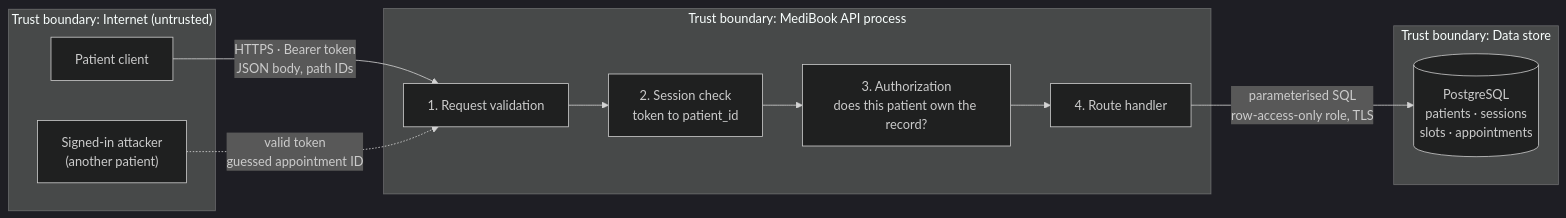
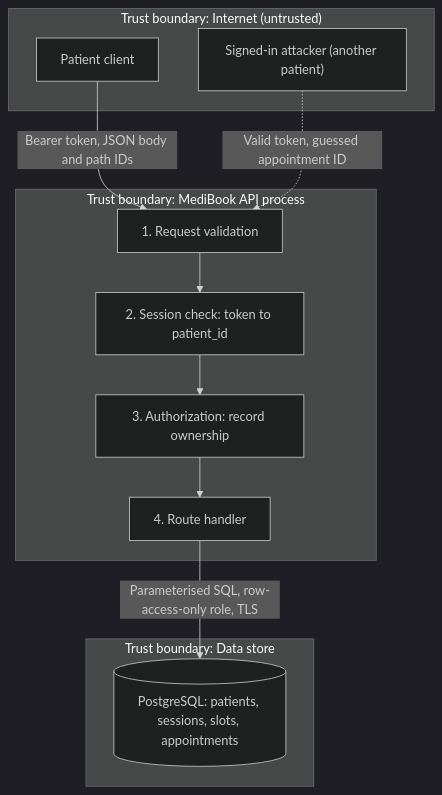
The diagram in docs/threat-model.md (abdurahim50/medibook), drawn with Mermaid (dark theme) before and after one commit. The commit also changed other lines of this file and 23 other files, not shown here.

````diff
--- a/docs/threat-model.md
+++ b/docs/threat-model.md
@@ -7,23 +7,23 @@
 ```mermaid
-flowchart LR
+flowchart TD
     subgraph TB1["Trust boundary: Internet (untrusted)"]
         Patient["Patient client"]
-        Attacker["Signed-in attacker<br/>(another patient)"]
+        Attacker["Signed-in attacker (another patient)"]
     end
 
     subgraph TB2["Trust boundary: MediBook API process"]
         Validate["1. Request validation"]
-        Session["2. Session check<br/>token to patient_id"]
-        Authz["3. Authorization<br/>does this patient own the record?"]
+        Session["2. Session check: token to patient_id"]
+        Authz["3. Authorization: record ownership"]
         Handler["4. Route handler"]
     end
 
     subgraph TB3["Trust boundary: Data store"]
-        DB[("PostgreSQL<br/>patients · sessions<br/>slots · appointments")]
+        DB[("PostgreSQL: patients, sessions, slots, appointments")]
     end
 
-    Patient -->|"HTTPS · Bearer token<br/>JSON body, path IDs"| Validate
-    Attacker -.->|"valid token<br/>guessed appointment ID"| Validate
+    Patient -->|"Bearer token, JSON body and path IDs"| Validate
+    Attacker -.->|"Valid token, guessed appointment ID"| Validate
     Validate --> Session --> Authz --> Handler
-    Handler -->|"parameterised SQL<br/>row-access-only role, TLS"| DB
+    Handler -->|"Parameterised SQL, row-access-only role, TLS"| DB
 ```
````
